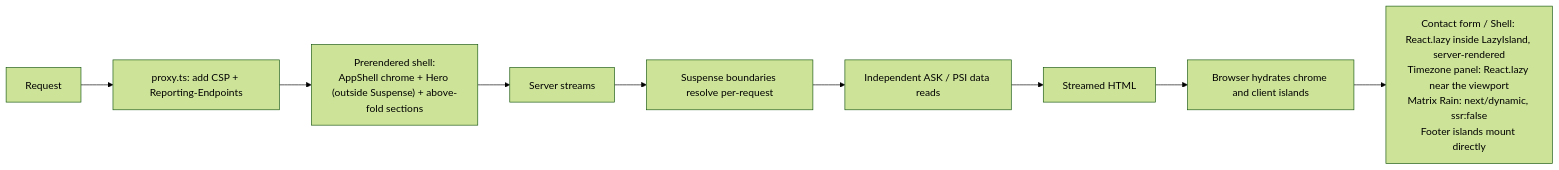
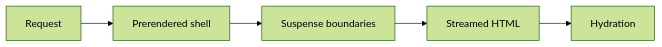
One commit to erikunha/portfolio changed the sixth of 14 diagrams in docs/03-rendering-and-data-flow.md. Above: the diagram before and after it, drawn with Mermaid (forest theme). The commit also changed other lines of this file and 1454 other files, not shown here.

First line of the commit message:
refactor(architecture): milestones M0 to M14 and native ci:full (#423)

````diff
--- a/docs/03-rendering-and-data-flow.md
+++ b/docs/03-rendering-and-data-flow.md
@@ -115,11 +120,4 @@
 ```mermaid
 flowchart LR
-    req["Request"] --> px["proxy.ts: add CSP + Reporting-Endpoints"]
-    px --> shell["Prerendered shell:<br/>AppShell chrome + Hero (outside Suspense) + above-fold sections"]
-    shell --> stream["Server streams"]
-    stream --> susp["Suspense boundaries resolve per-request"]
-    susp --> dyn["Independent ASK / PSI data reads"]
-    dyn --> html2["Streamed HTML"]
-    html2 --> hydrate["Browser hydrates chrome and client islands"]
-    hydrate --> lazy["Contact form / Shell: React.lazy inside LazyIsland, server-rendered<br/>Timezone panel: React.lazy near the viewport<br/>Matrix Rain: next/dynamic, ssr:false<br/>Footer islands mount directly"]
+    req["Request"] --> shell["Prerendered shell"] --> susp["Suspense boundaries"] --> html["Streamed HTML"] --> hydrate["Hydration"]
 ```
````
